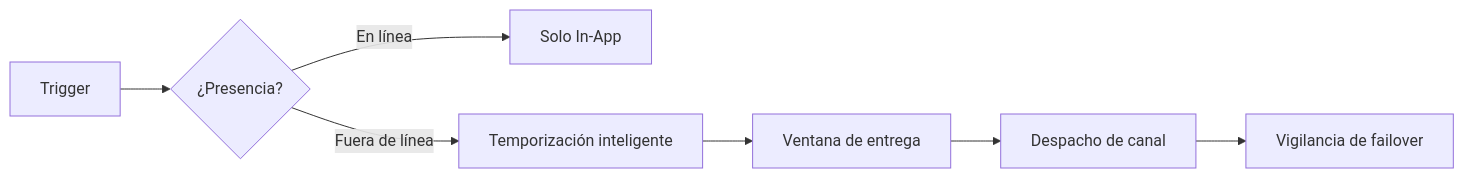
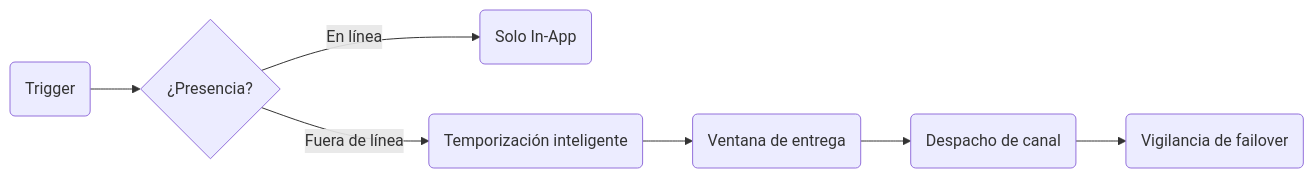
Before and after one commit to KriyanshKhunt/nexus_docs: the diagram in content/docs/es/platform/features/index.mdx, drawn with Mermaid. The commit also changed 20 other files, not shown here.

Commit message:
Handle es Mermaid charts

````diff
--- a/content/docs/es/platform/features/index.mdx
+++ b/content/docs/es/platform/features/index.mdx
@@ -154,9 +154,9 @@
 ```mermaid
 flowchart LR
-  T[Trigger] --> P{¿Presencia?}
-  P -->|En línea| I[Solo In-App]
-  P -->|Fuera de línea| S[Temporización inteligente]
-  S --> W[Ventana de entrega]
-  W --> C[Despacho de canal]
-  C --> F[Vigilancia de failover]
+  T(Trigger) --> P{¿Presencia?}
+  P -->|En línea| I(Solo In-App)
+  P -->|Fuera de línea| S(Temporización inteligente)
+  S --> W(Ventana de entrega)
+  W --> C(Despacho de canal)
+  C --> F(Vigilancia de failover)
 ```
````
